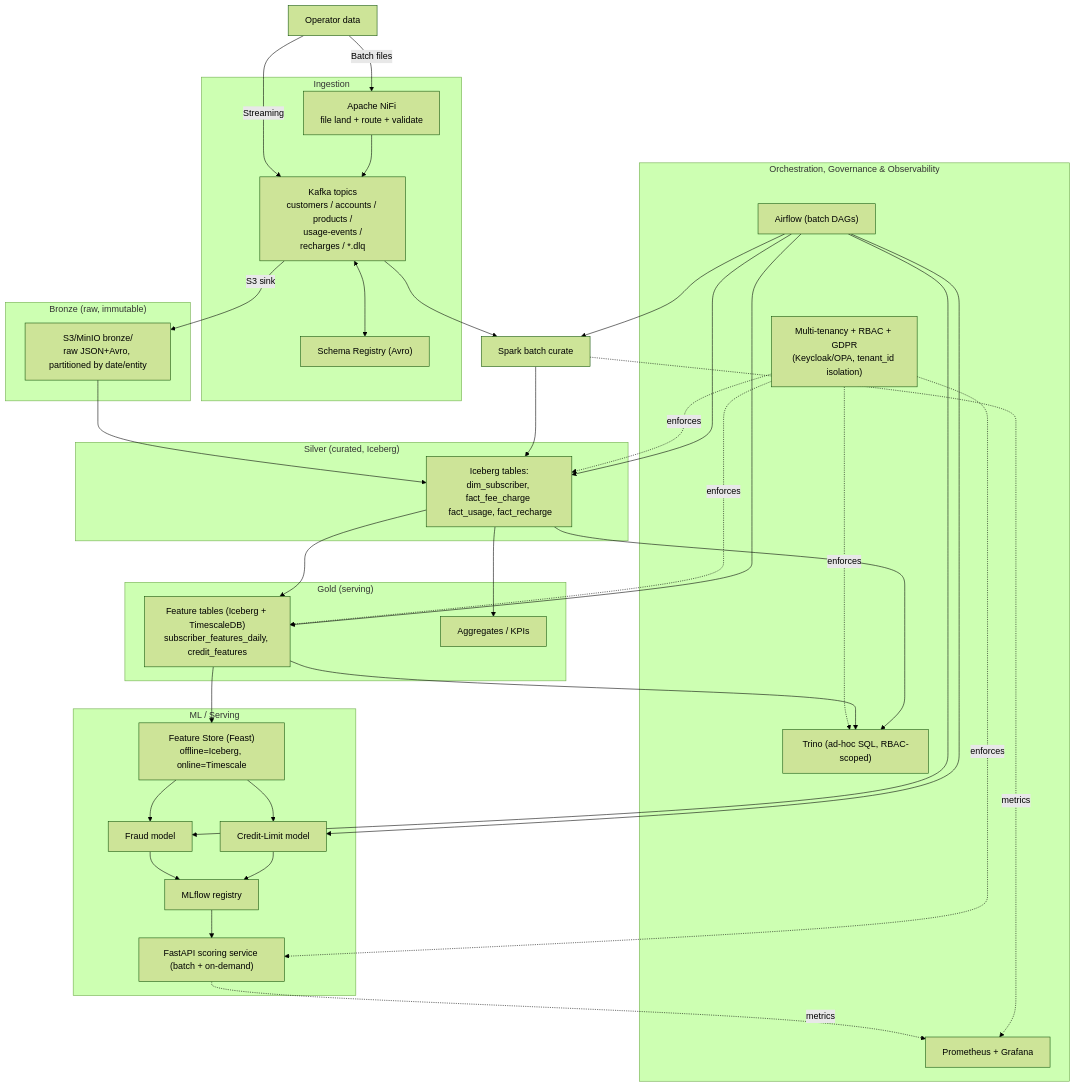
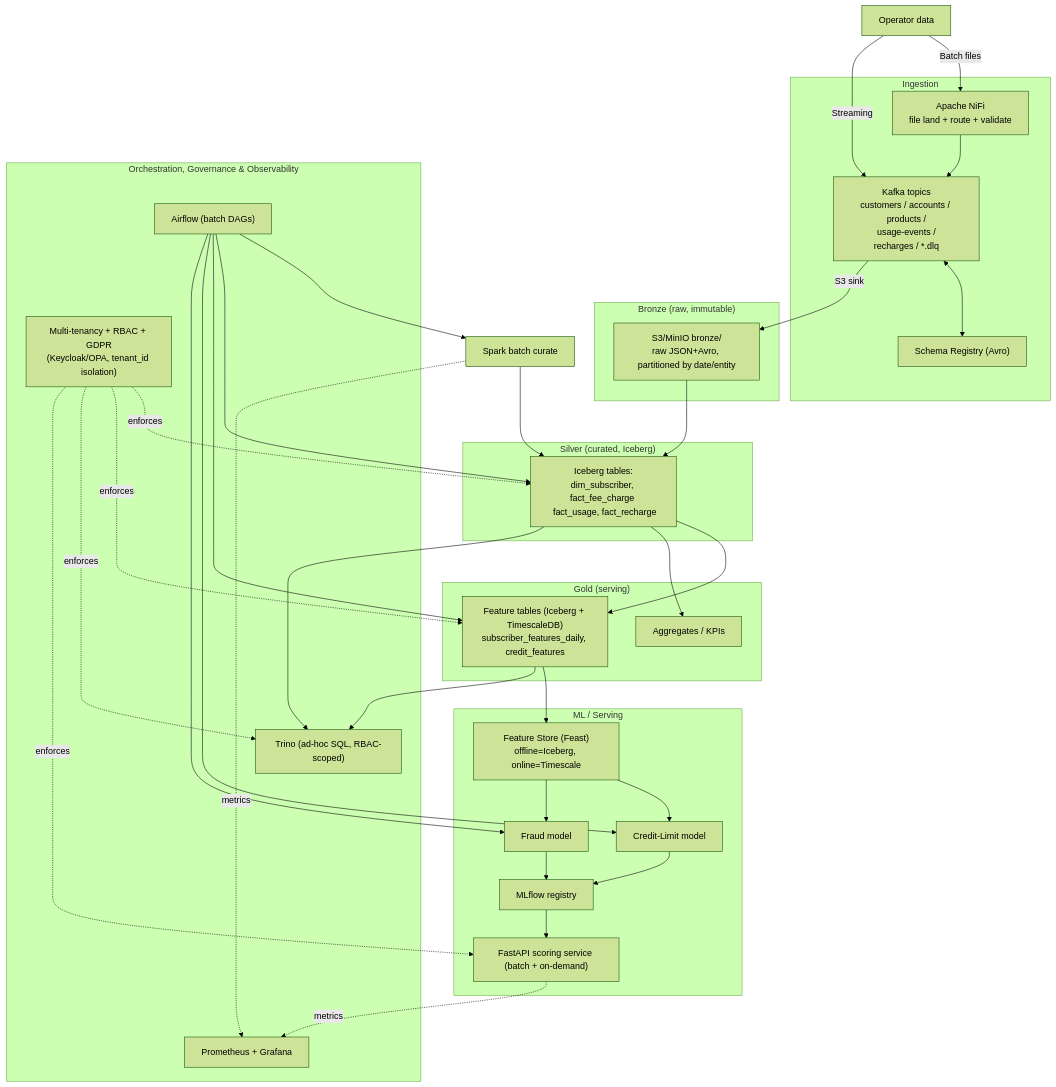
The diagram in docs/architecture_and_implementation_plan.md (vikasagarwal2485/intelligent_data_platform), drawn with Mermaid (forest theme) before and after one commit.

````diff
--- a/docs/architecture_and_implementation_plan.md
+++ b/docs/architecture_and_implementation_plan.md
@@ -76,54 +76,54 @@
 ```mermaid
 flowchart TB
 
     subgraph ING["Ingestion"]
         NIFI["Apache NiFi<br/>file land + route + validate"]
         KAFKA["Kafka topics<br/>customers / accounts / products /<br/>usage-events /<br/>recharges / *.dlq"]
         SR["Schema Registry (Avro)"]
     end
 
     subgraph BRONZE["Bronze (raw, immutable)"]
         B["S3/MinIO bronze/<br/>raw JSON+Avro, partitioned by date/entity"]
     end
 
     subgraph SILVER["Silver (curated, Iceberg)"]
         S["Iceberg tables:<br/>dim_subscriber, fact_fee_charge <br/> fact_usage, fact_recharge"]
     end
 
     subgraph GOLD["Gold (serving)"]
         G1["Feature tables (Iceberg + TimescaleDB)<br/>subscriber_features_daily, credit_features"]
         G2["Aggregates / KPIs"]
     end
 
     subgraph ML["ML / Serving"]
         FS["Feature Store (Feast)<br/>offline=Iceberg, online=Timescale"]
         M1["Credit-Limit model"]
         M2["Fraud model"]
         REG["MLflow registry"]
         API["FastAPI scoring service (batch + on-demand)"]
     end
 
     subgraph OPS["Orchestration, Governance & Observability"]
         AF["Airflow (batch DAGs)"]
         MON["Prometheus + Grafana"]
         TR["Trino (ad-hoc SQL, RBAC-scoped)"]
         GOV["Multi-tenancy + RBAC + GDPR<br/>(Keycloak/OPA, tenant_id isolation)"]
     end
 
     SYN["Operator data"] --> |Batch files| NIFI --> KAFKA
     SYN["Operator data"] --> |Streaming| KAFKA
     KAFKA <--> SR
     KAFKA -->|S3 sink| B
-    KAFKA --> SPARK[Spark batch curate] --> S
+    SPARK[Spark batch curate] --> S
     B --> S
     S --> G1 & G2
     G1 --> FS
     FS --> M1 & M2
     M1 & M2 --> REG --> API
     AF --> SPARK & S & G1 & M1 & M2
     S --> TR
     G1 --> TR
     GOV -.enforces.-> S & G1 & TR & API
     SPARK -.metrics.-> MON
     API -.metrics.-> MON
 ```
````
